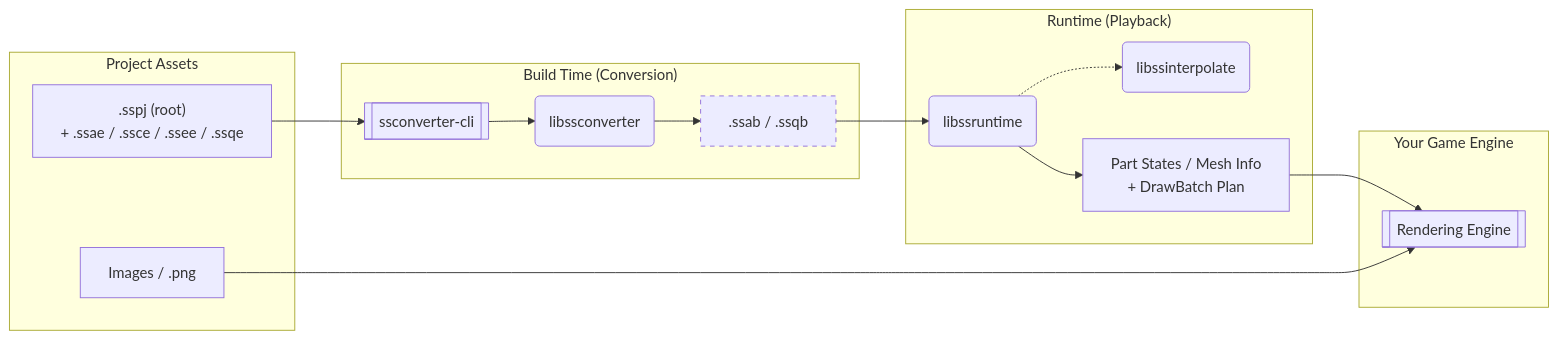
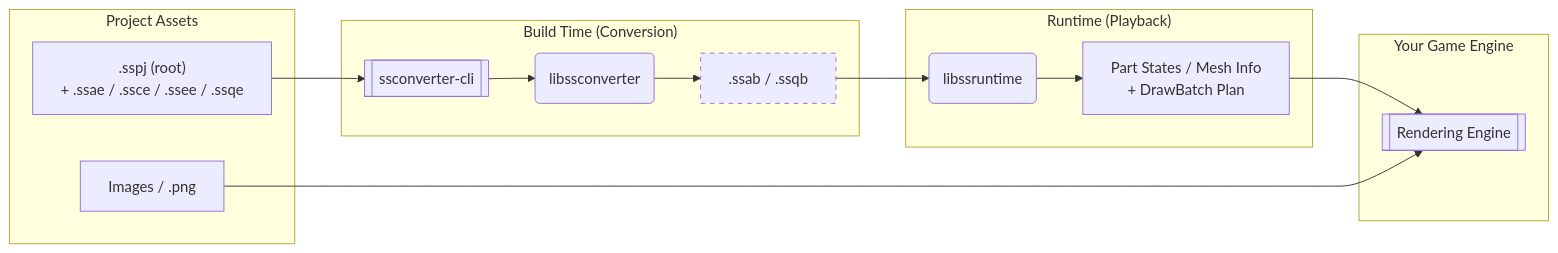
The diagram in README.md (cri-middleware/SpriteStudio-SDK), drawn with Mermaid before and after one commit. The commit also changed other lines of this file and 44 other files, not shown here.

````diff
--- a/README.md
+++ b/README.md
@@ -25,29 +25,28 @@
 ```mermaid
 graph LR
     subgraph Assets ["Project Assets"]
         SS[" .sspj (root)<br/>+ .ssae / .ssce / .ssee / .ssqe "]
         IMG[" Images / .png "]
     end
 
     subgraph Conversion ["Build Time (Conversion)"]
         CLI[[" ssconverter-cli "]]
         CONV(" libssconverter ")
         SS --> CLI
         CLI --> CONV
         CONV --> BIN[" .ssab / .ssqb "]
     end
 
     subgraph Runtime ["Runtime (Playback)"]
         BIN --> RT(" libssruntime ")
-        RT -.-> INT(" libssinterpolate ")
         RT --> STATE[" Part States / Mesh Info<br/>+ DrawBatch Plan "]
     end
 
     subgraph Engine ["Your Game Engine"]
         STATE --> REND[[" Rendering Engine "]]
         IMG --> REND
     end
 
     classDef generated stroke-dasharray: 5 5;
     class BIN generated;
 ```
````
